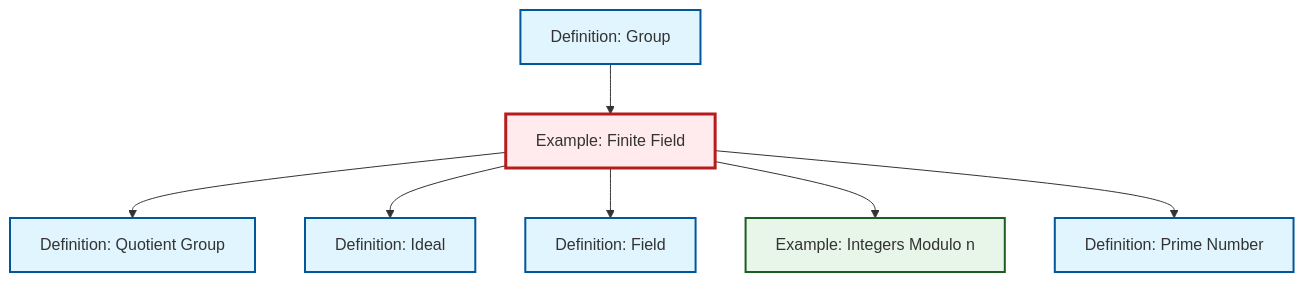
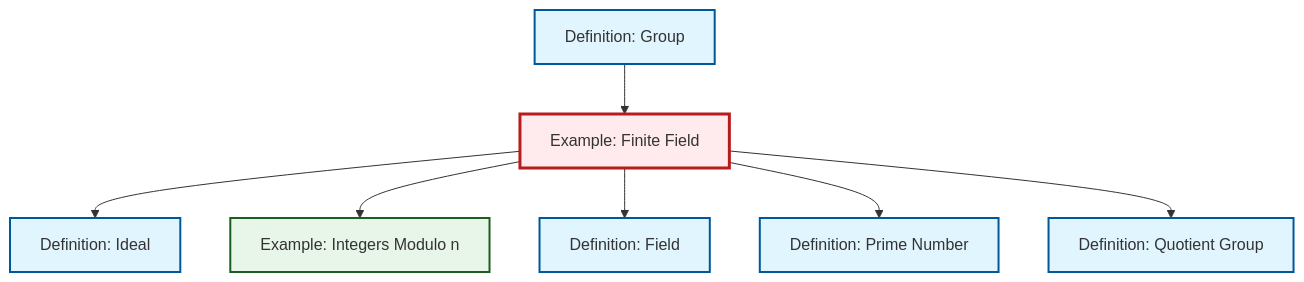
One commit to RK0429/ModernMath changed the diagram in content/ja/algebra/ex-finite-field.qmd. Above: the diagram before and after it, drawn with Mermaid. The commit also changed other lines of this file and 417 other files, not shown here.

````diff
--- a/content/ja/algebra/ex-finite-field.qmd
+++ b/content/ja/algebra/ex-finite-field.qmd
@@ -65,29 +65,29 @@
 ```{mermaid}
 %%| fig-cap: "Local dependency graph"
 graph TD
     classDef definition fill:#e1f5fe,stroke:#01579b,stroke-width:2px
     classDef theorem fill:#f3e5f5,stroke:#4a148c,stroke-width:2px
     classDef axiom fill:#fff3e0,stroke:#e65100,stroke-width:2px
     classDef example fill:#e8f5e9,stroke:#1b5e20,stroke-width:2px
     classDef current fill:#ffebee,stroke:#b71c1c,stroke-width:3px
-    def-ideal["Definition: Ideal"]:::definition
     ex-finite-field["Example: Finite Field"]:::example
     def-field["Definition: Field"]:::definition
+    ex-quotient-integers-mod-n["Example: Integers Modulo n"]:::example
+    def-quotient-group["Definition: Quotient Group"]:::definition
+    def-ideal["Definition: Ideal"]:::definition
     def-group["Definition: Group"]:::definition
-    def-quotient-group["Definition: Quotient Group"]:::definition
     def-prime["Definition: Prime Number"]:::definition
-    ex-quotient-integers-mod-n["Example: Integers Modulo n"]:::example
-    ex-finite-field --> def-quotient-group
     def-group --> ex-finite-field
     ex-finite-field --> def-ideal
+    ex-finite-field --> ex-quotient-integers-mod-n
     ex-finite-field --> def-field
-    ex-finite-field --> ex-quotient-integers-mod-n
     ex-finite-field --> def-prime
+    ex-finite-field --> def-quotient-group
     class ex-finite-field current
+    click def-field "def-field.html" "Definition: Fieldへ"
+    click ex-quotient-integers-mod-n "ex-quotient-integers-mod-n.html" "Example: Integers Modulo nへ"
+    click def-quotient-group "def-quotient-group.html" "Definition: Quotient Groupへ"
     click def-ideal "def-ideal.html" "Definition: Idealへ"
-    click def-field "def-field.html" "Definition: Fieldへ"
     click def-group "def-group.html" "Definition: Groupへ"
-    click def-quotient-group "def-quotient-group.html" "Definition: Quotient Groupへ"
     click def-prime "def-prime.html" "Definition: Prime Numberへ"
-    click ex-quotient-integers-mod-n "ex-quotient-integers-mod-n.html" "Example: Integers Modulo nへ"
 ```
````
